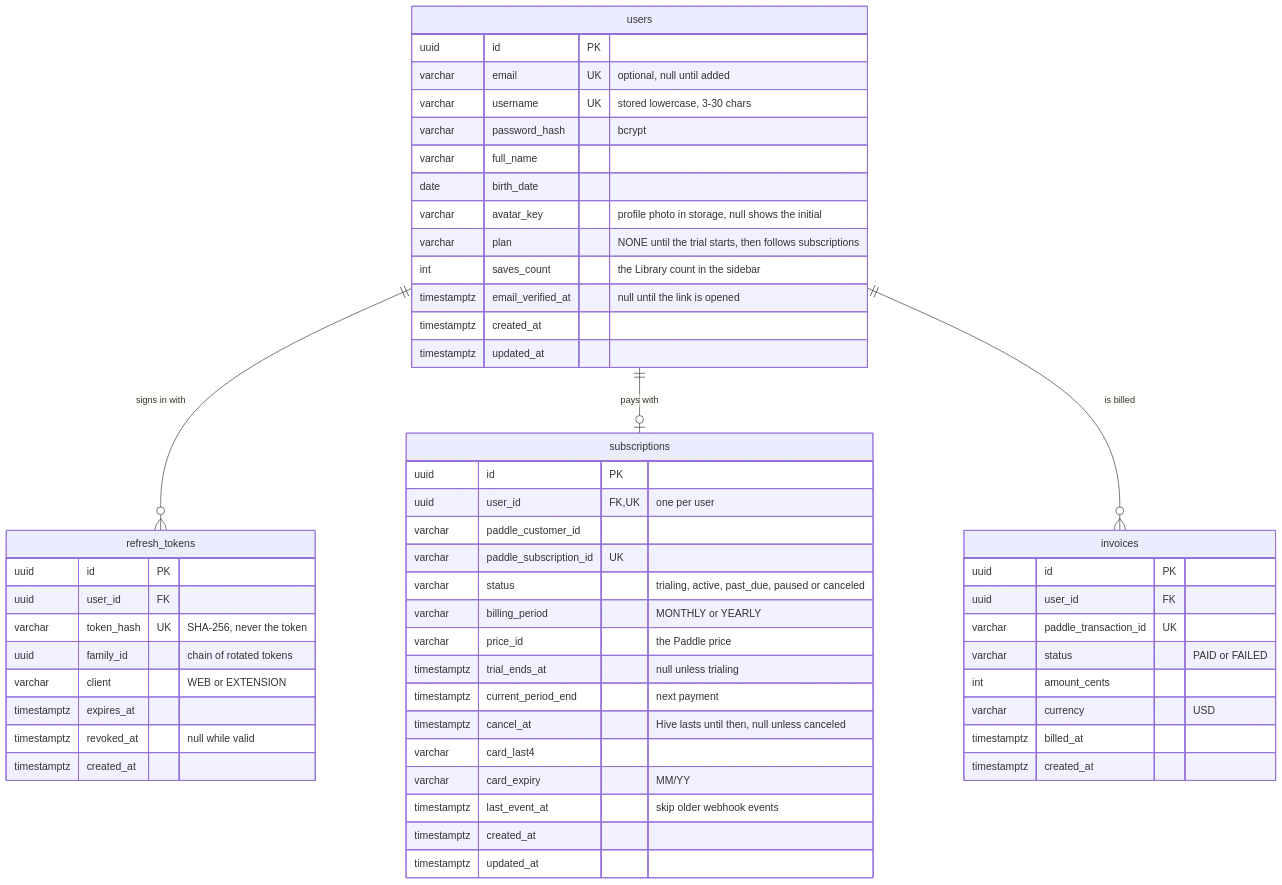
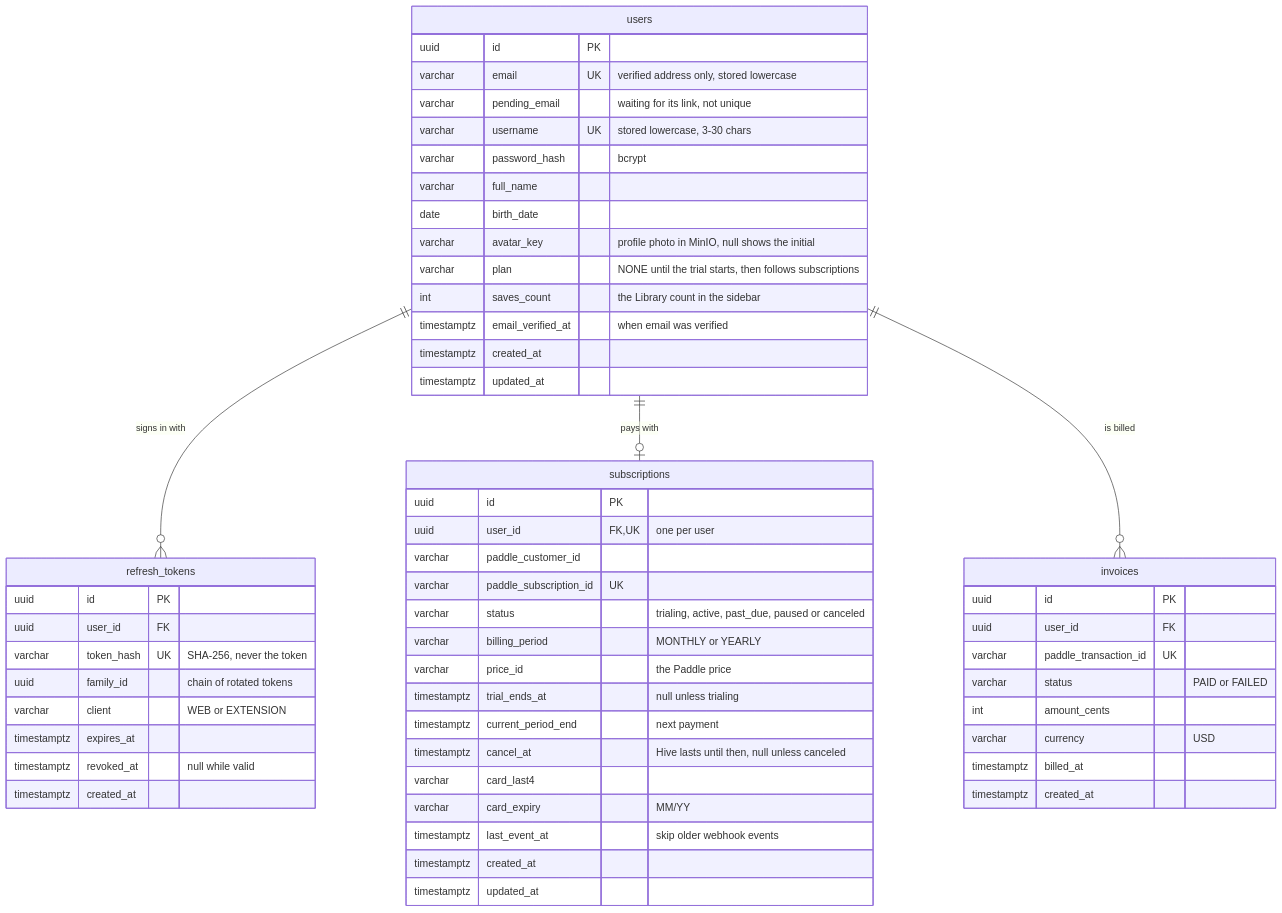
The second of 8 diagrams in docs/database.md (salimsalimzade/ari-api), drawn with Mermaid before and after one commit. The commit also changed other lines of this file and 181 other files, not shown here.

````diff
--- a/docs/database.md
+++ b/docs/database.md
@@ -53,57 +54,58 @@
 ```mermaid
 erDiagram
   users ||--o{ refresh_tokens : "signs in with"
   users ||--o| subscriptions : "pays with"
   users ||--o{ invoices : "is billed"
   users {
     uuid id PK
-    varchar email UK "optional, null until added"
+    varchar email UK "verified address only, stored lowercase"
+    varchar pending_email "waiting for its link, not unique"
     varchar username UK "stored lowercase, 3-30 chars"
     varchar password_hash "bcrypt"
     varchar full_name
     date birth_date
-    varchar avatar_key "profile photo in storage, null shows the initial"
+    varchar avatar_key "profile photo in MinIO, null shows the initial"
     varchar plan "NONE until the trial starts, then follows subscriptions"
     int saves_count "the Library count in the sidebar"
-    timestamptz email_verified_at "null until the link is opened"
+    timestamptz email_verified_at "when email was verified"
     timestamptz created_at
     timestamptz updated_at
   }
   refresh_tokens {
     uuid id PK
     uuid user_id FK
     varchar token_hash UK "SHA-256, never the token"
     uuid family_id "chain of rotated tokens"
     varchar client "WEB or EXTENSION"
     timestamptz expires_at
     timestamptz revoked_at "null while valid"
     timestamptz created_at
   }
   subscriptions {
     uuid id PK
     uuid user_id FK, UK "one per user"
     varchar paddle_customer_id
     varchar paddle_subscription_id UK
     varchar status "trialing, active, past_due, paused or canceled"
     varchar billing_period "MONTHLY or YEARLY"
     varchar price_id "the Paddle price"
     timestamptz trial_ends_at "null unless trialing"
     timestamptz current_period_end "next payment"
     timestamptz cancel_at "Hive lasts until then, null unless canceled"
     varchar card_last4
     varchar card_expiry "MM/YY"
     timestamptz last_event_at "skip older webhook events"
     timestamptz created_at
     timestamptz updated_at
   }
   invoices {
     uuid id PK
     uuid user_id FK
     varchar paddle_transaction_id UK
     varchar status "PAID or FAILED"
     int amount_cents
     varchar currency "USD"
     timestamptz billed_at
     timestamptz created_at
   }
 ```
````
